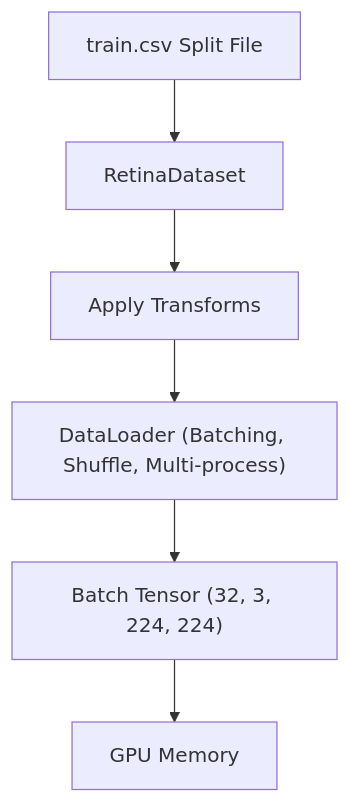
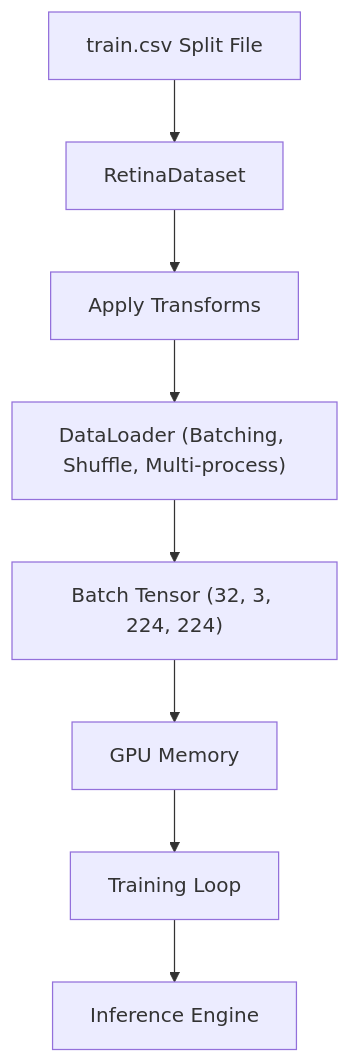
The diagram in research/Volume_02_Data_Pipeline/05_DataLoader.md (Dr-Venom29/FusionMedAI), drawn with Mermaid before and after one commit. The commit also changed other lines of this file and 102 other files, not shown here.

````diff
--- a/research/Volume_02_Data_Pipeline/05_DataLoader.md
+++ b/research/Volume_02_Data_Pipeline/05_DataLoader.md
@@ -6,8 +6,10 @@
 ```mermaid
 graph TD
     CSV["train.csv Split File"] --> Dataset["RetinaDataset"]
     Dataset --> Transforms["Apply Transforms"]
     Transforms --> Dataloader["DataLoader (Batching, Shuffle, Multi-process)"]
     Dataloader --> Batch["Batch Tensor (32, 3, 224, 224)"]
     Batch --> GPU["GPU Memory"]
+    GPU --> TrainLoop["Training Loop"]
+    TrainLoop --> InferEngine["Inference Engine"]
 ```
````
